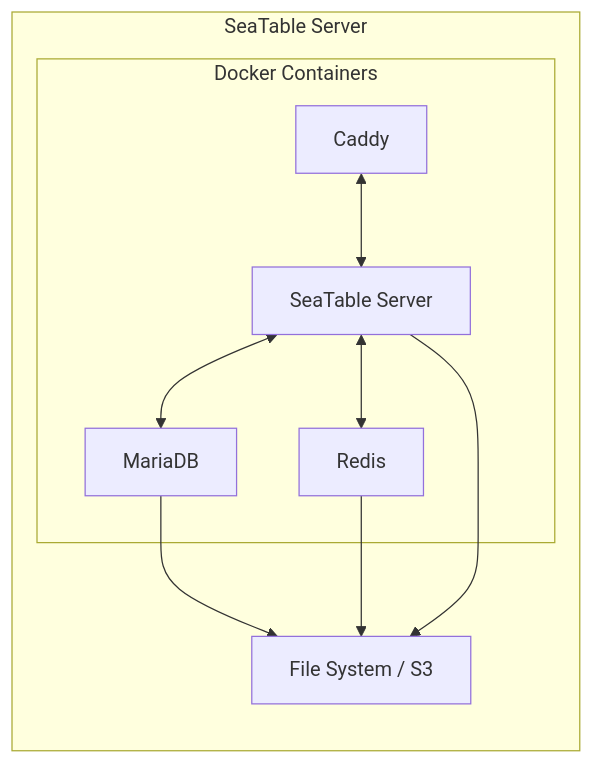
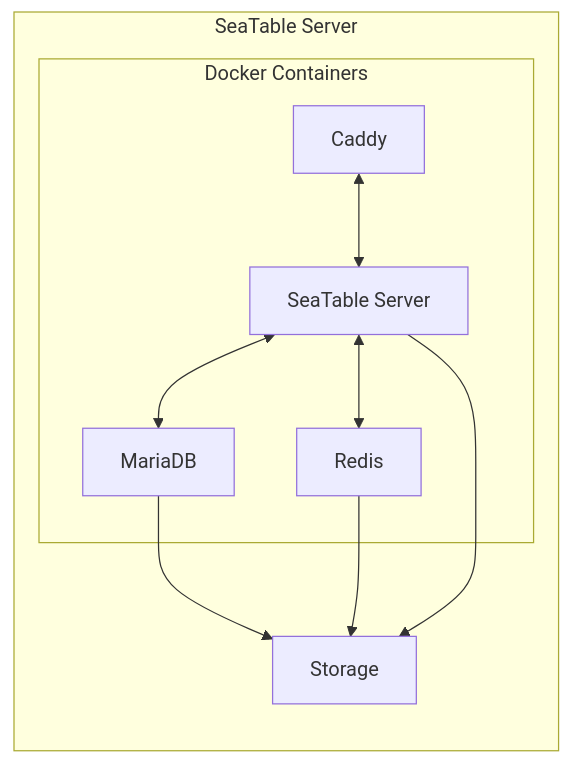
Before and after one commit to seatable/seatable-admin-docs: the first of 2 diagrams in docs/introduction/architecture.md, drawn with Mermaid. The commit also changed other lines of this file, not shown here.

First line of the commit message:
Update architecture.md

````diff
--- a/docs/introduction/architecture.md
+++ b/docs/introduction/architecture.md
@@ -11,18 +11,18 @@
 ```mermaid
 flowchart LR
     subgraph s[SeaTable Server]
         subgraph d[Docker Containers]
             A[Caddy]
             B[SeaTable Server]
             C[MariaDB]
             D[Redis]
             A<-->B
             B<-->C
             B<-->D
         end
-        F[File System / S3]
+        F[Storage]
         C --> F
         D --> F
         B --> F
     end
 ```
````
